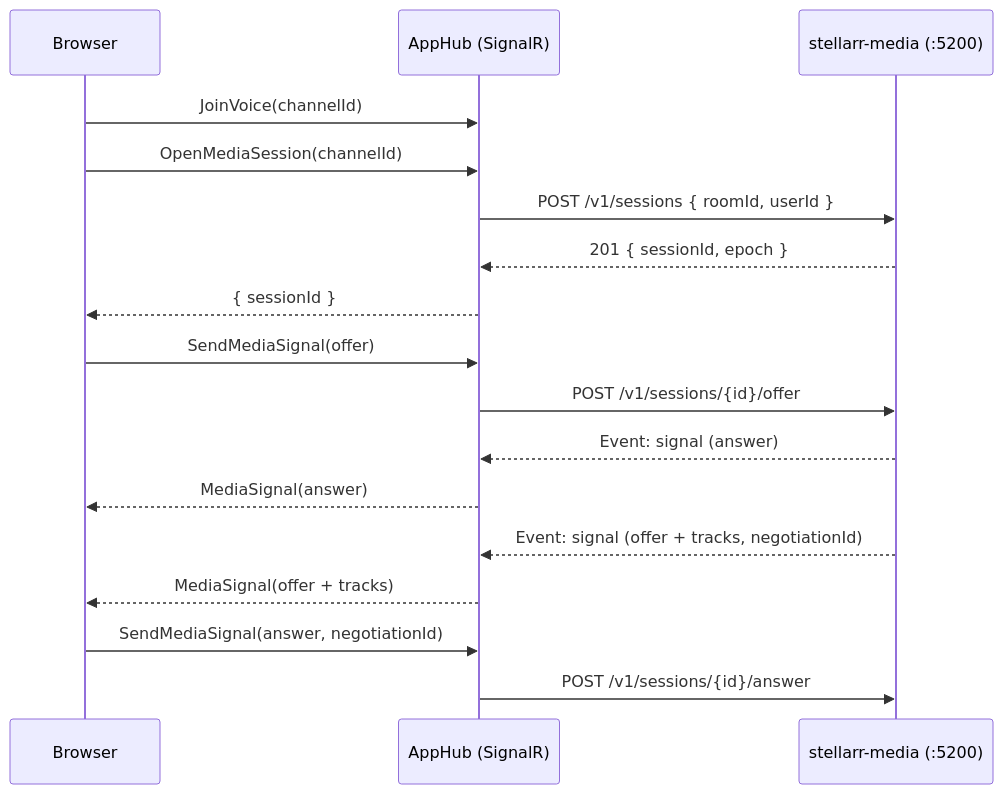
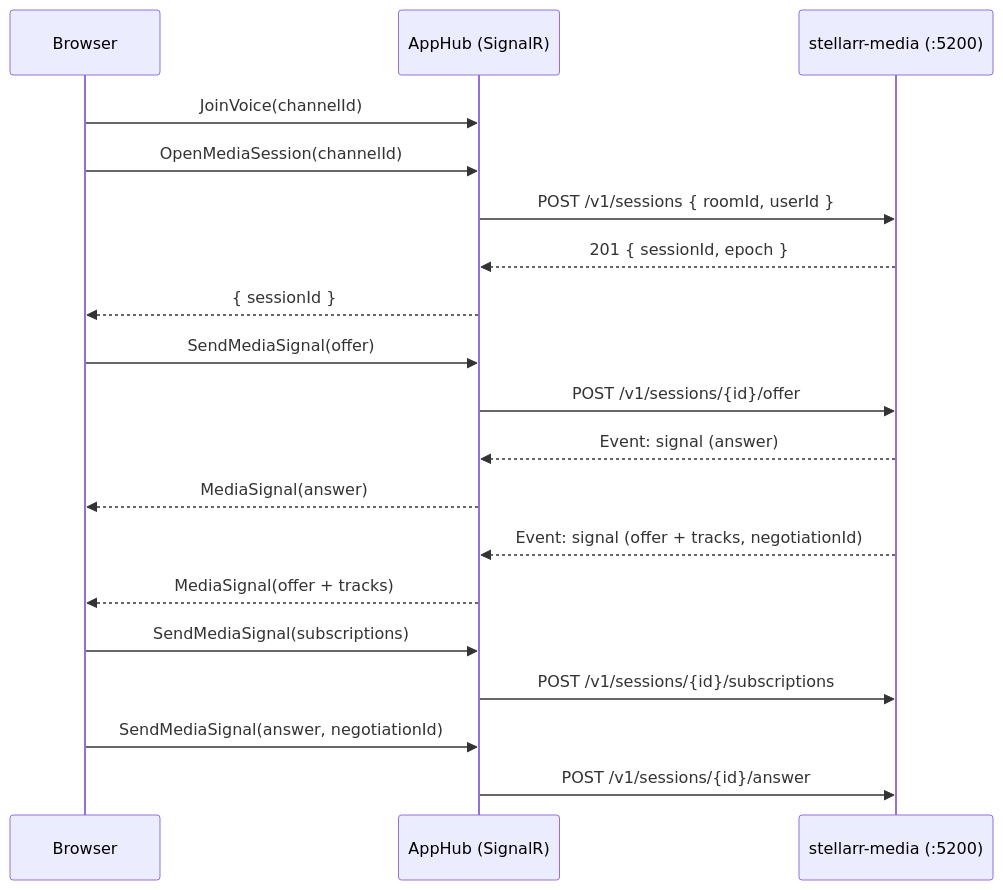
The second of 2 diagrams in docs/stellarr-media.md (Arkazzae/Stellar), drawn with Mermaid before and after one commit. The commit also changed other lines of this file and 29 other files, not shown here.

````diff
--- a/docs/stellarr-media.md
+++ b/docs/stellarr-media.md
@@ -122,20 +137,22 @@
 ```mermaid
 sequenceDiagram
     participant B as Browser
     participant H as AppHub (SignalR)
     participant M as stellarr-media (:5200)
 
     B->>H: JoinVoice(channelId)
     B->>H: OpenMediaSession(channelId)
     H->>M: POST /v1/sessions { roomId, userId }
     M-->>H: 201 { sessionId, epoch }
     H-->>B: { sessionId }
     B->>H: SendMediaSignal(offer)
     H->>M: POST /v1/sessions/{id}/offer
     M-->>H: Event: signal (answer)
     H-->>B: MediaSignal(answer)
     M-->>H: Event: signal (offer + tracks, negotiationId)
     H-->>B: MediaSignal(offer + tracks)
+    B->>H: SendMediaSignal(subscriptions)
+    H->>M: POST /v1/sessions/{id}/subscriptions
     B->>H: SendMediaSignal(answer, negotiationId)
     H->>M: POST /v1/sessions/{id}/answer
 ```
````
